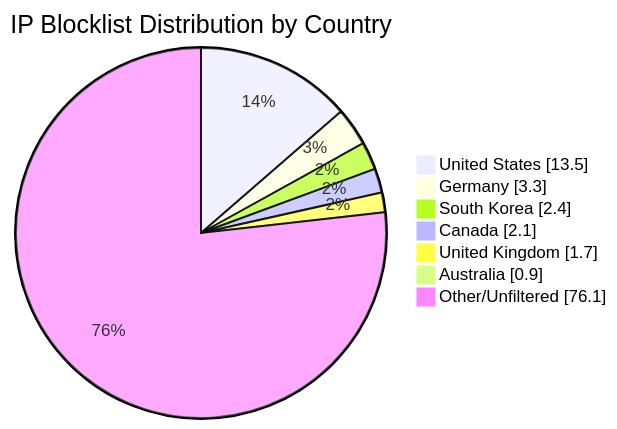
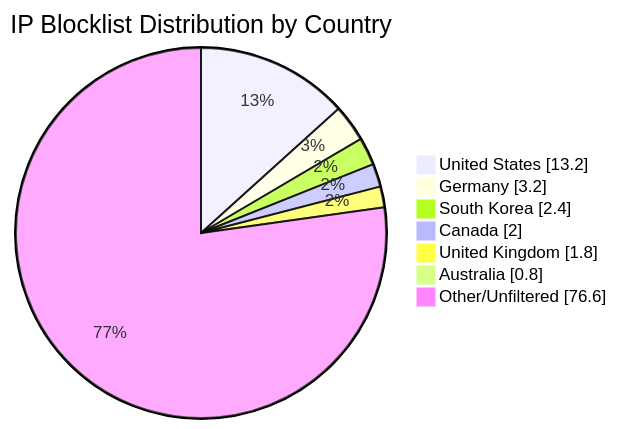
One commit to MarcusHoltz/ipblocklist-geofiltered-aggregator changed the diagram in README.md. Above: the diagram before and after it, drawn with Mermaid. The commit also changed other lines of this file and 9 other files, not shown here.

````diff
--- a/README.md
+++ b/README.md
@@ -34,10 +34,10 @@
 ```mermaid
 pie showData title IP Blocklist Distribution by Country
-"United States" : 13.5
-"Germany" : 3.3
+"United States" : 13.2
+"Germany" : 3.2
 "South Korea" : 2.4
-"Canada" : 2.1
-"United Kingdom" : 1.7
-"Australia" : 0.9
-"Other/Unfiltered" : 76.1
+"Canada" : 2.0
+"United Kingdom" : 1.8
+"Australia" : 0.8
+"Other/Unfiltered" : 76.6
 ```
````
